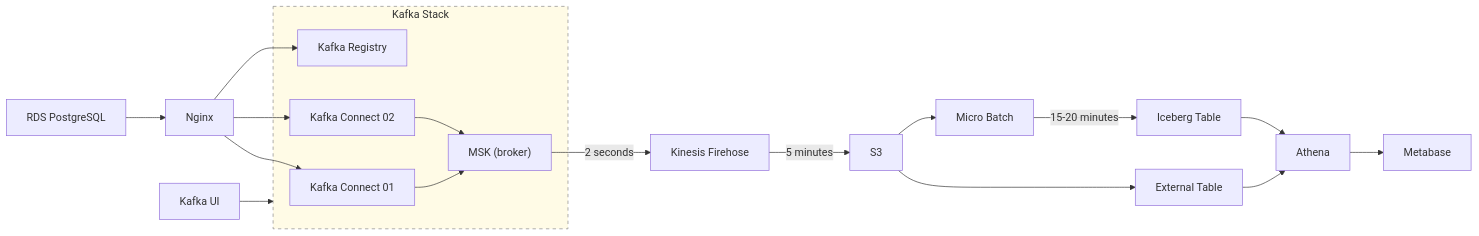
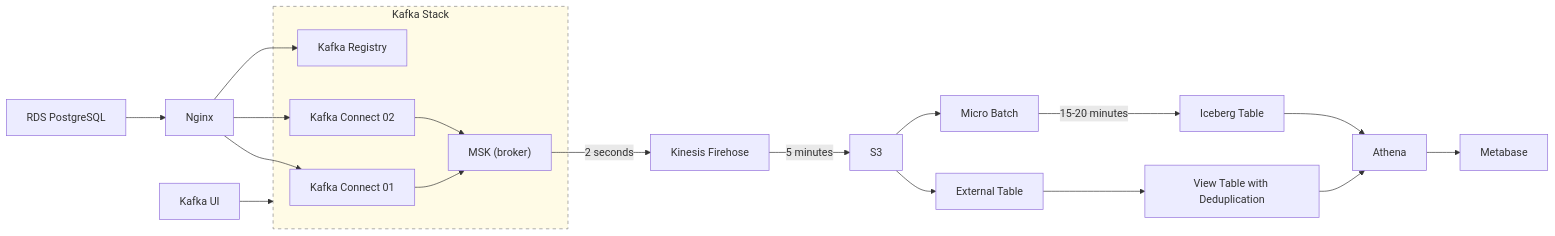
The diagram in README.md (rudy-prietno/streamlake), drawn with Mermaid before and after one commit.

````diff
--- a/README.md
+++ b/README.md
@@ -7,51 +7,52 @@
 ```mermaid
 flowchart LR
   %% ===== Left block =====
   DB[RDS PostgreSQL]
   NGINX[Nginx]
 
   subgraph KAFKA_STACK[Kafka Stack]
     KC1["Kafka Connect 01"]
     KC2["Kafka Connect 02"]
     REG["Kafka Registry"]
     MSK["MSK (broker)"]
   end
 
   KUI["Kafka UI"]
 
   %% ===== Middle / Right block =====
   KFH["Kinesis Firehose"]
   S3["S3"]
   EXT["External Table"]
+  VIEW["View Table with Deduplication"]
   ATH["Athena"]
   META["Metabase"]
   MB["Micro Batch"]
   ICE["Iceberg Table"]
 
   %% ===== Flows =====
   DB --> NGINX
   NGINX --> KC1
   NGINX --> KC2
   NGINX --> REG
   KC1 --> MSK
   KC2 --> MSK
 
   %% Kafka UI points to the whole stack
   KUI --> KAFKA_STACK
 
   %% Stream to Firehose and S3
   MSK -- "2 seconds" --> KFH
   KFH -- "5 minutes" --> S3
 
   %% S3 -> Athena via External Table
-  S3 --> EXT --> ATH
+  S3 --> EXT --> VIEW --> ATH
   ATH --> META
 
   %% Micro-batch path to Iceberg
   S3 --> MB
   MB -- "15-20 minutes" --> ICE
   ICE --> ATH
 
   %% Optional style for the stack area
   style KAFKA_STACK fill:#fffbe6,stroke:#888,stroke-width:1px,stroke-dasharray: 5 5
 ```
````
